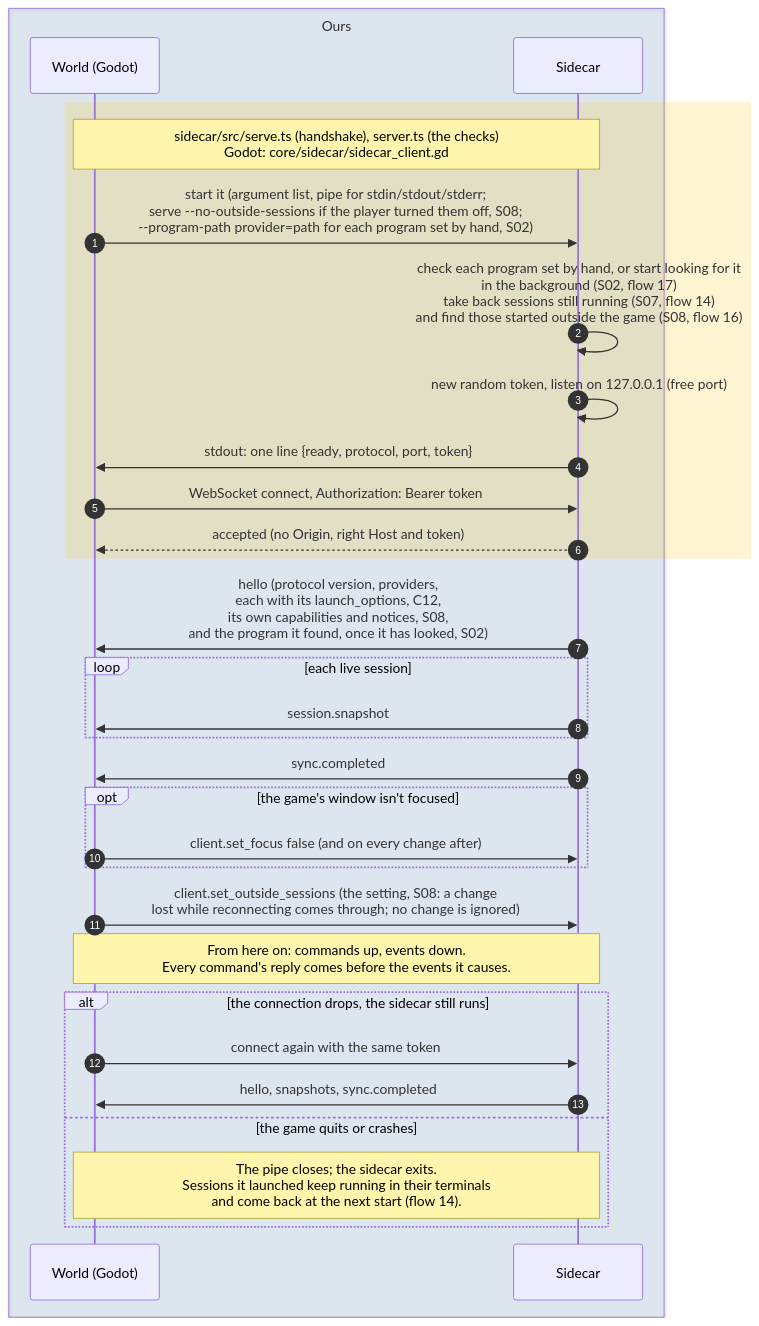
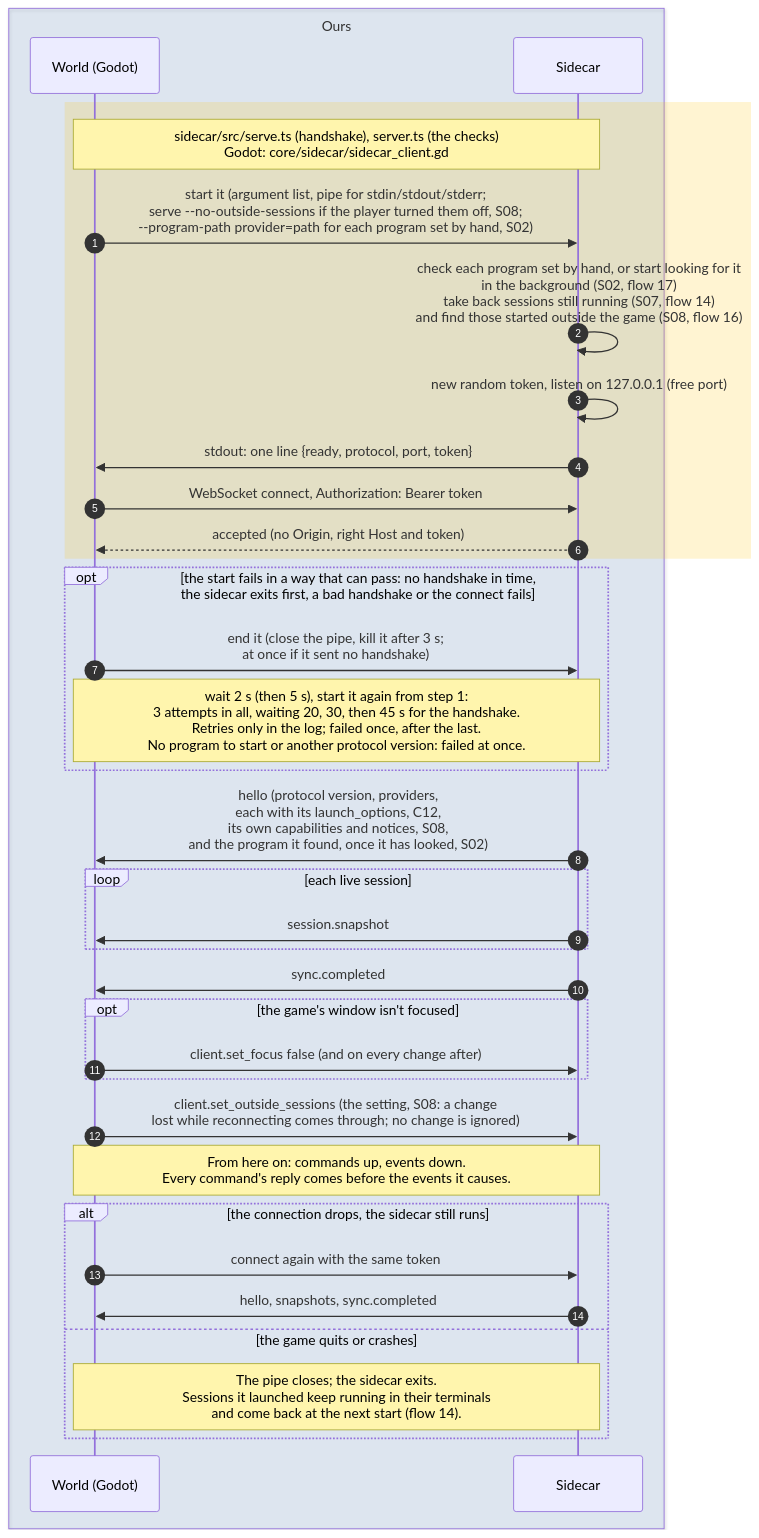
The diagram in docs/diagrams/sequence/00-starting-up.md (PaoloPortugal/The-Beach), drawn with Mermaid before and after one commit. The commit also changed 4 other files, not shown here.

Commit message:
S01 docs: the start retry in NOTES, the guide, the startup flow and the dev log

````diff
--- a/docs/diagrams/sequence/00-starting-up.md
+++ b/docs/diagrams/sequence/00-starting-up.md
@@ -7,35 +7,39 @@
 ```mermaid
 sequenceDiagram
     autonumber
 
     box rgba(47,111,191,0.12) Ours
         participant World as World (Godot)
         participant Sidecar
     end
 
     rect rgba(255,193,7,0.18)
         Note over World,Sidecar: sidecar/src/serve.ts (handshake), server.ts (the checks)<br/>Godot: core/sidecar/sidecar_client.gd
         World->>Sidecar: start it (argument list, pipe for stdin/stdout/stderr#59;<br/>serve --no-outside-sessions if the player turned them off, S08#59;<br/>--program-path provider=path for each program set by hand, S02)
         Sidecar->>Sidecar: check each program set by hand, or start looking for it<br/>in the background (S02, flow 17)<br/>take back sessions still running (S07, flow 14)<br/>and find those started outside the game (S08, flow 16)
         Sidecar->>Sidecar: new random token, listen on 127.0.0.1 (free port)
         Sidecar->>World: stdout: one line {ready, protocol, port, token}
         World->>Sidecar: WebSocket connect, Authorization: Bearer token
         Sidecar-->>World: accepted (no Origin, right Host and token)
     end
+    opt the start fails in a way that can pass: no handshake in time,<br/>the sidecar exits first, a bad handshake or the connect fails
+        World->>Sidecar: end it (close the pipe, kill it after 3 s#59;<br/>at once if it sent no handshake)
+        Note over World,Sidecar: wait 2 s (then 5 s), start it again from step 1:<br/>3 attempts in all, waiting 20, 30, then 45 s for the handshake.<br/>Retries only in the log#59; failed once, after the last.<br/>No program to start or another protocol version: failed at once.
+    end
     Sidecar->>World: hello (protocol version, providers,<br/>each with its launch_options, C12,<br/>its own capabilities and notices, S08,<br/>and the program it found, once it has looked, S02)
     loop each live session
         Sidecar->>World: session.snapshot
     end
     Sidecar->>World: sync.completed
     opt the game's window isn't focused
         World->>Sidecar: client.set_focus false (and on every change after)
     end
     World->>Sidecar: client.set_outside_sessions (the setting, S08: a change<br/>lost while reconnecting comes through#59; no change is ignored)
     Note over World,Sidecar: From here on: commands up, events down.<br/>Every command's reply comes before the events it causes.
     alt the connection drops, the sidecar still runs
         World->>Sidecar: connect again with the same token
         Sidecar->>World: hello, snapshots, sync.completed
     else the game quits or crashes
         Note over World,Sidecar: The pipe closes#59; the sidecar exits.<br/>Sessions it launched keep running in their terminals<br/>and come back at the next start (flow 14).
     end
 ```
````
